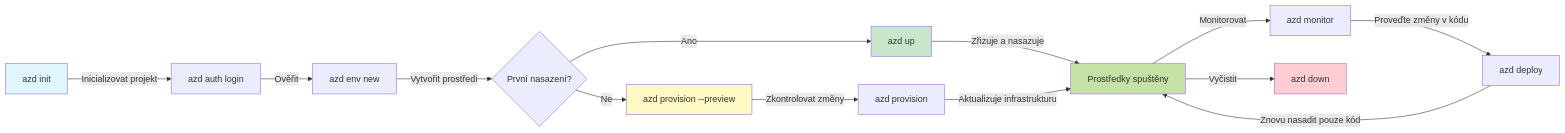
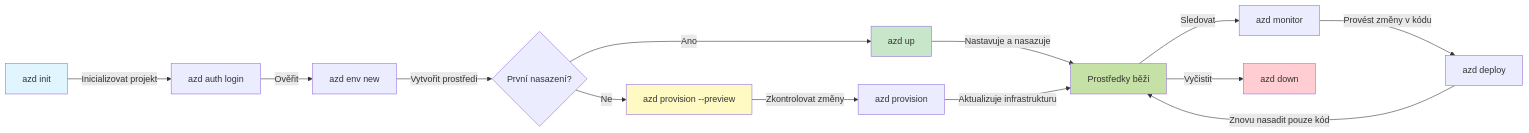
The first of 2 diagrams in translations/cs/docs/chapter-01-foundation/azd-basics.md (microsoft/AZD-for-beginners), drawn with Mermaid before and after one commit. The commit also changed other lines of this file and 101 other files, not shown here.

````diff
--- a/translations/cs/docs/chapter-01-foundation/azd-basics.md
+++ b/translations/cs/docs/chapter-01-foundation/azd-basics.md
@@ -269,21 +269,21 @@
 ```mermaid
 graph LR
     A[azd init] -->|Inicializovat projekt| B[azd auth login]
     B -->|Ověřit| C[azd env new]
     C -->|Vytvořit prostředí| D{První nasazení?}
     D -->|Ano| E[azd up]
     D -->|Ne| F[azd provision --preview]
     F -->|Zkontrolovat změny| G[azd provision]
-    E -->|Zřizuje a nasazuje| H[Prostředky spuštěny]
+    E -->|Nastavuje a nasazuje| H[Prostředky běží]
     G -->|Aktualizuje infrastrukturu| H
-    H -->|Monitorovat| I[azd monitor]
-    I -->|Proveďte změny v kódu| J[azd deploy]
+    H -->|Sledovat| I[azd monitor]
+    I -->|Provést změny v kódu| J[azd deploy]
     J -->|Znovu nasadit pouze kód| H
     H -->|Vyčistit| K[azd down]
     
     style A fill:#e1f5fe
     style E fill:#c8e6c9
     style F fill:#fff9c4
     style H fill:#c5e1a5
     style K fill:#ffcdd2
 ```
````
